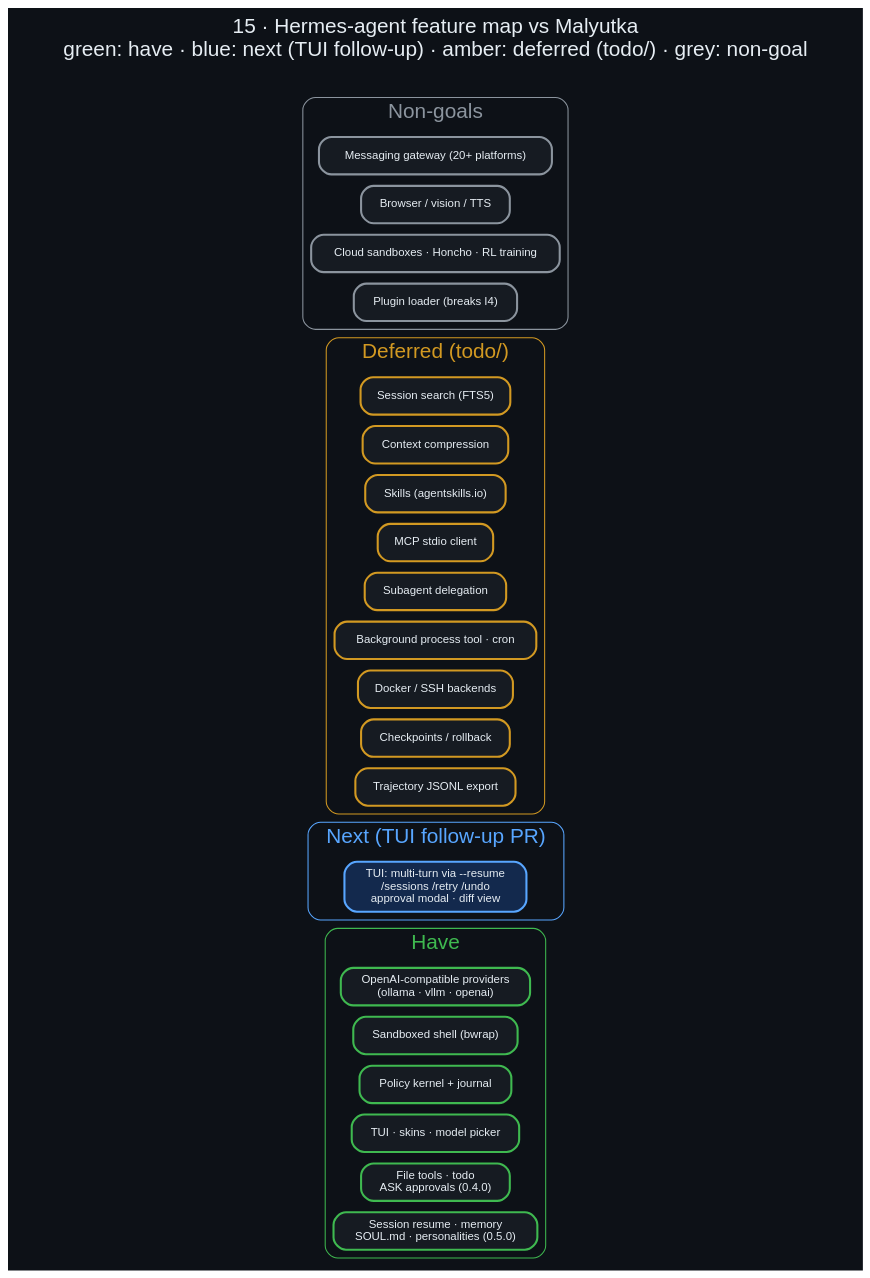
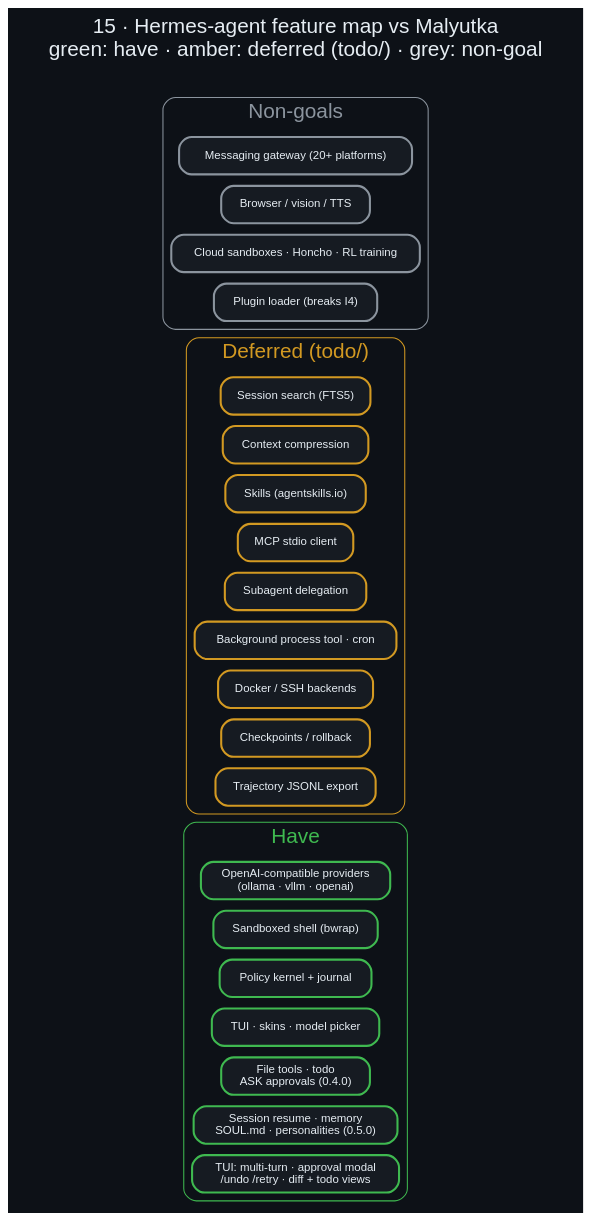
Before and after one commit to danindiana/malyutka: the diagram in docs/diagrams/15_hermes_gap_map.dot, drawn with Graphviz. The commit also changed 15 other files, not shown here.

First line of the commit message:
feat(tui): multi-turn resume, approval modal, /undo /retry, diff and todo views

```diff
--- a/docs/diagrams/15_hermes_gap_map.dot
+++ b/docs/diagrams/15_hermes_gap_map.dot
@@ -1,32 +1,31 @@
 digraph gap {
     graph [bgcolor="#0d1117", fontname="Helvetica", fontcolor="#e6edf3", labelloc="t", fontsize=20, rankdir=LR,
-           label="15 · Hermes-agent feature map vs Malyutka\ngreen: have · blue: next (TUI follow-up) · amber: deferred (todo/) · grey: non-goal\n ", nodesep=0.15, ranksep=0.7];
+           label="15 · Hermes-agent feature map vs Malyutka\ngreen: have · amber: deferred (todo/) · grey: non-goal\n ", nodesep=0.15, ranksep=0.7];
     node  [fontname="Helvetica", fontcolor="#e6edf3", color="#30363d", style="filled,rounded", shape=box, penwidth=2, margin="0.22,0.14", fillcolor="#161b22", fontsize=12];
     edge  [color="#8b949e", fontname="Helvetica", fontcolor="#adbac7", penwidth=1.5, arrowsize=0.85, fontsize=10];
     node [fontsize=11, margin="0.15,0.08"];
 
     subgraph cluster_have { label="Have"; fontcolor="#3fb950"; color="#3fb950"; style="rounded";
       h1 [label="OpenAI-compatible providers\n(ollama · vllm · openai)", color="#3fb950"];
       h2 [label="Sandboxed shell (bwrap)", color="#3fb950"];
       h3 [label="Policy kernel + journal", color="#3fb950"];
       h4 [label="TUI · skins · model picker", color="#3fb950"];
       h5 [label="File tools · todo\nASK approvals (0.4.0)", color="#3fb950"];
-      h6 [label="Session resume · memory\nSOUL.md · personalities (0.5.0)", color="#3fb950"]; }
-    subgraph cluster_now { label="Next (TUI follow-up PR)"; fontcolor="#58a6ff"; color="#58a6ff"; style="rounded";
-      n3 [label="TUI: multi-turn via --resume\n/sessions /retry /undo\napproval modal · diff view", color="#58a6ff", fillcolor="#13294d"]; }
+      h6 [label="Session resume · memory\nSOUL.md · personalities (0.5.0)", color="#3fb950"];
+      h7 [label="TUI: multi-turn · approval modal\n/undo /retry · diff + todo views", color="#3fb950"]; }
     subgraph cluster_def { label="Deferred (todo/)"; fontcolor="#d29922"; color="#d29922"; style="rounded";
       d1 [label="Session search (FTS5)", color="#d29922"];
       d2 [label="Context compression", color="#d29922"];
       d3 [label="Skills (agentskills.io)", color="#d29922"];
       d4 [label="MCP stdio client", color="#d29922"];
       d5 [label="Subagent delegation", color="#d29922"];
       d6 [label="Background process tool · cron", color="#d29922"];
       d7 [label="Docker / SSH backends", color="#d29922"];
       d8 [label="Checkpoints / rollback", color="#d29922"];
       d9 [label="Trajectory JSONL export", color="#d29922"]; }
     subgraph cluster_no { label="Non-goals"; fontcolor="#8b949e"; color="#8b949e"; style="rounded";
       g1 [label="Messaging gateway (20+ platforms)", color="#8b949e"];
       g2 [label="Browser / vision / TTS", color="#8b949e"];
       g3 [label="Cloud sandboxes · Honcho · RL training", color="#8b949e"];
       g4 [label="Plugin loader (breaks I4)", color="#8b949e"]; }
 }
```
